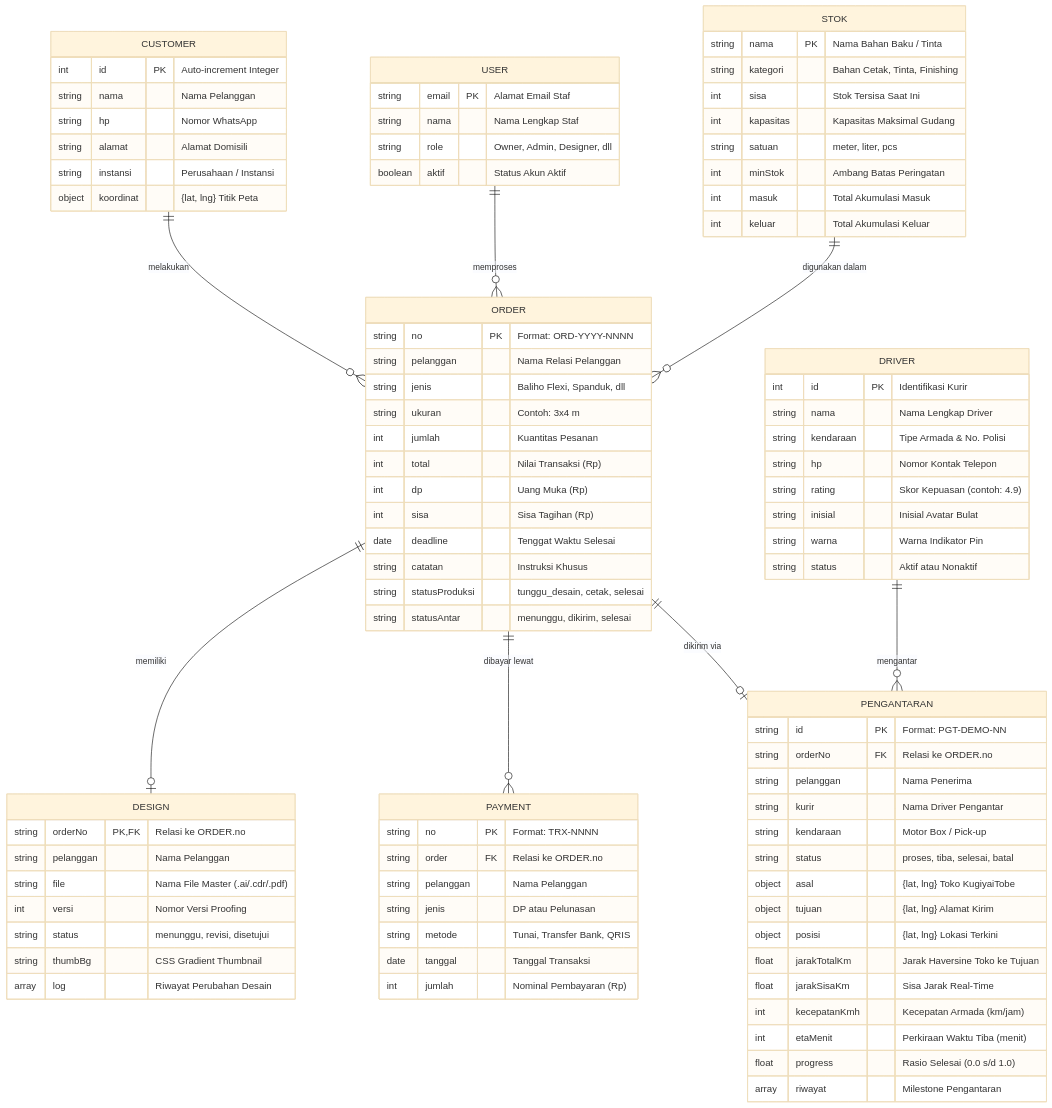
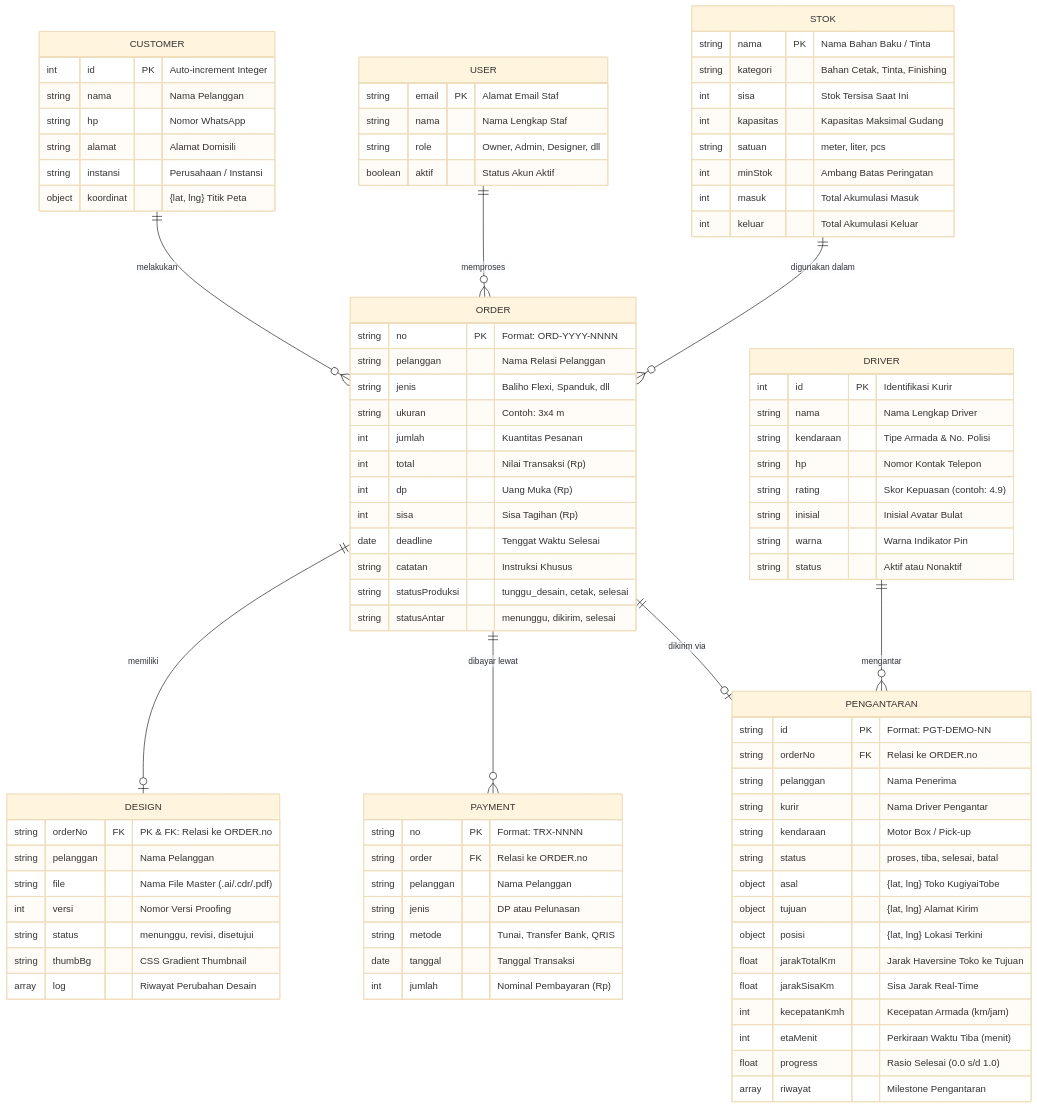
One commit to ipo-rk/percetakan_baliho changed the fourth of 7 diagrams in README.md. Above: the diagram before and after it, drawn with Mermaid (base theme). The commit also changed other lines of this file and 10 other files, not shown here.

```diff
--- a/README.md
+++ b/README.md
@@ -277,7 +277,7 @@
     }
 
     DESIGN {
-        string orderNo PK, FK "Relasi ke ORDER.no"
+        string orderNo FK "PK & FK: Relasi ke ORDER.no"
         string pelanggan "Nama Pelanggan"
         string file "Nama File Master (.ai/.cdr/.pdf)"
         int versi "Nomor Versi Proofing"
```
